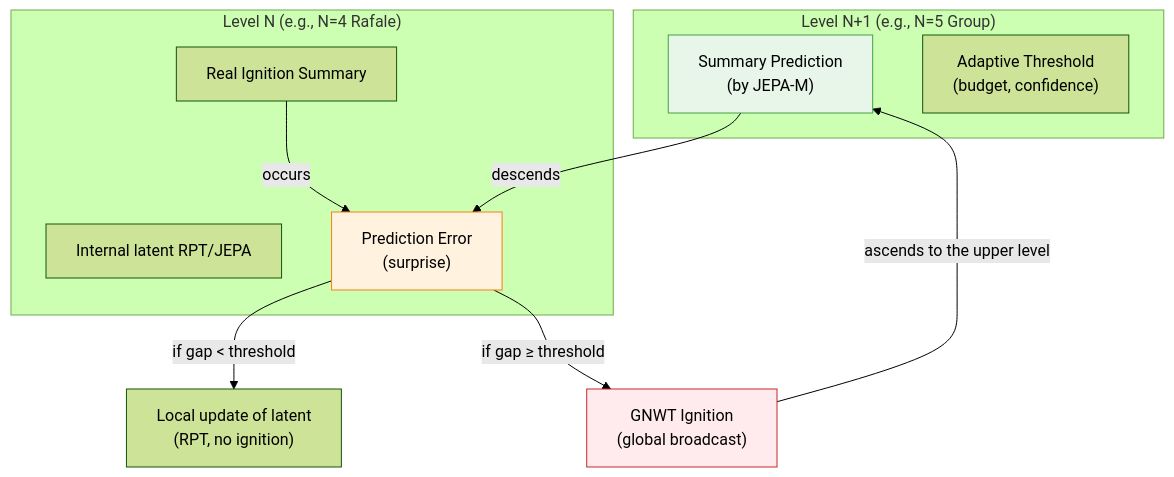
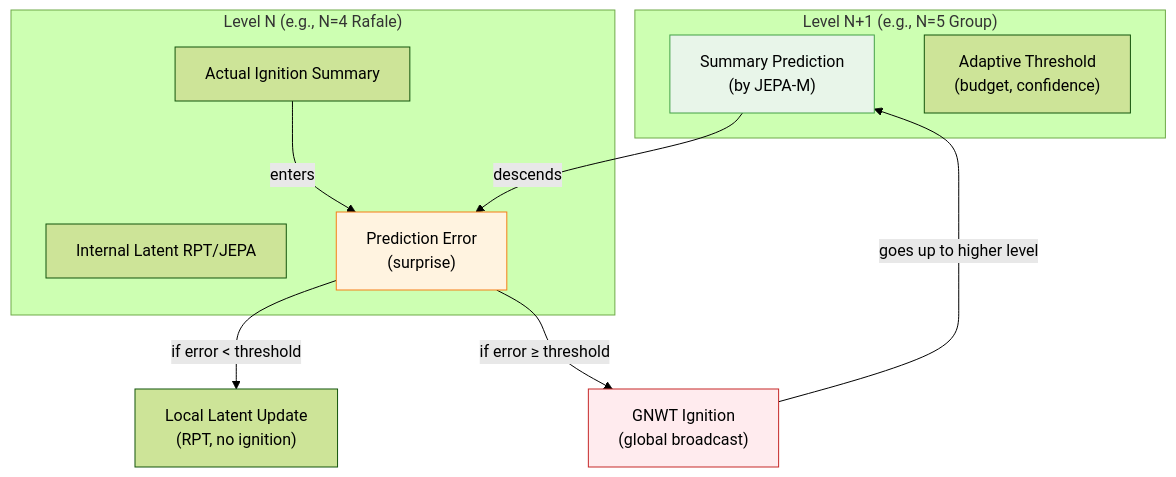
One commit to AlainCo/GNWT-Garrigue-X-en changed the second of 5 diagrams in concepts/concepts.md. Above: the diagram before and after it, drawn with Mermaid (forest theme). The commit also changed other lines of this file and 21 other files, not shown here.

````diff
--- a/concepts/concepts.md
+++ b/concepts/concepts.md
@@ -141,24 +126,24 @@
 ```mermaid
 flowchart TD
-    subgraph LevelUp ["Level N+1 (e.g., N=5 Group)"]
+    subgraph LevelSup ["Level N+1 (e.g., N=5 Group)"]
         Pred["Summary Prediction\n(by JEPA-M)"]
-        Seuil["Adaptive Threshold\n(budget, confidence)"]
+        Threshold["Adaptive Threshold\n(budget, confidence)"]
     end
 
-    subgraph LevelDown ["Level N (e.g., N=4 Rafale)"]
-        Latent["Internal latent RPT/JEPA"]
-        Ignition["Real Ignition Summary"]
-        Erreur["Prediction Error\n(surprise)"]
+    subgraph LevelInf ["Level N (e.g., N=4 Rafale)"]
+        Latent["Internal Latent RPT/JEPA"]
+        Ignition["Actual Ignition Summary"]
+        Error["Prediction Error\n(surprise)"]
     end
 
-    Pred -->|"descends"| Erreur
-    Ignition -->|"occurs"| Erreur
-    Erreur -->|"if gap < threshold"| Update["Local update of latent\n(RPT, no ignition)"]
-    Erreur -->|"if gap ≥ threshold"| GNWT["GNWT Ignition\n(global broadcast)"]
+    Pred -->|"descends"| Error
+    Ignition -->|"enters"| Error
+    Error -->|"if error < threshold"| Update["Local Latent Update\n(RPT, no ignition)"]
+    Error -->|"if error ≥ threshold"| GNWT["GNWT Ignition\n(global broadcast)"]
 
-    GNWT -->|"ascends to the upper level"| Pred
+    GNWT -->|"goes up to higher level"| Pred
 
     style Pred fill:#e8f5e9,stroke:#43a047
-    style Erreur fill:#fff3e0,stroke:#f57f17
+    style Error fill:#fff3e0,stroke:#f57f17
     style GNWT fill:#ffebee,stroke:#c62828
 ```
````
